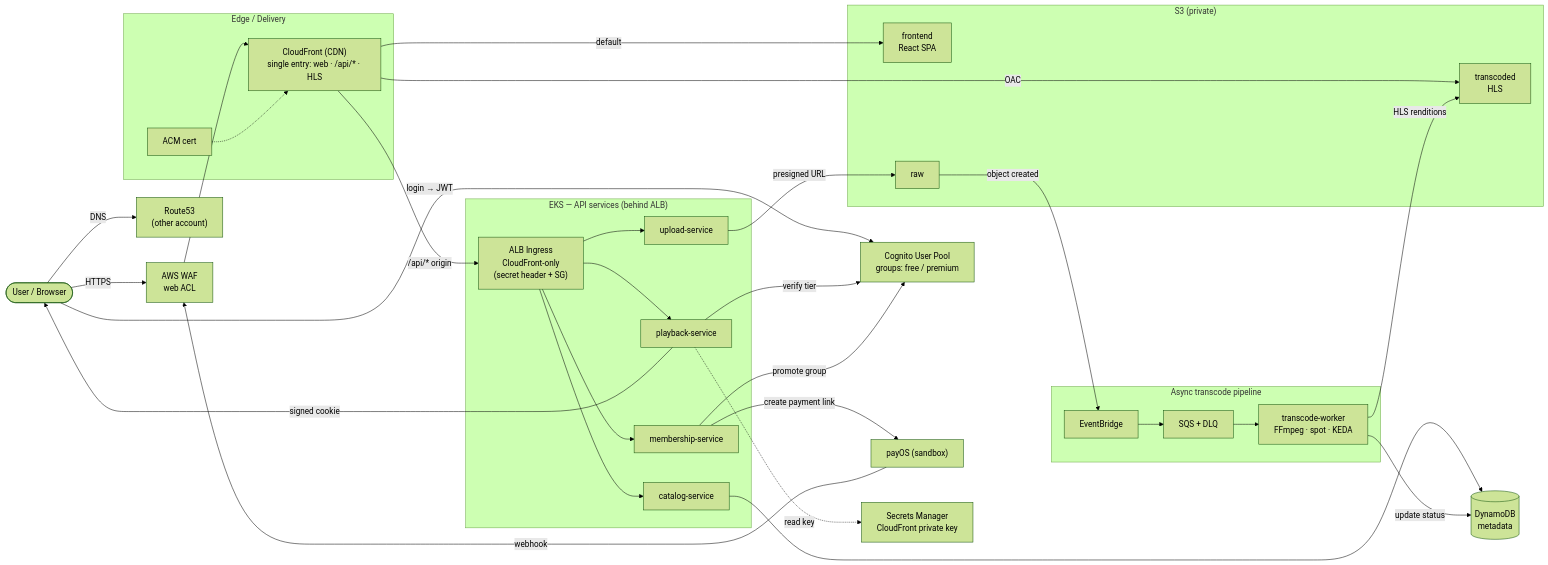
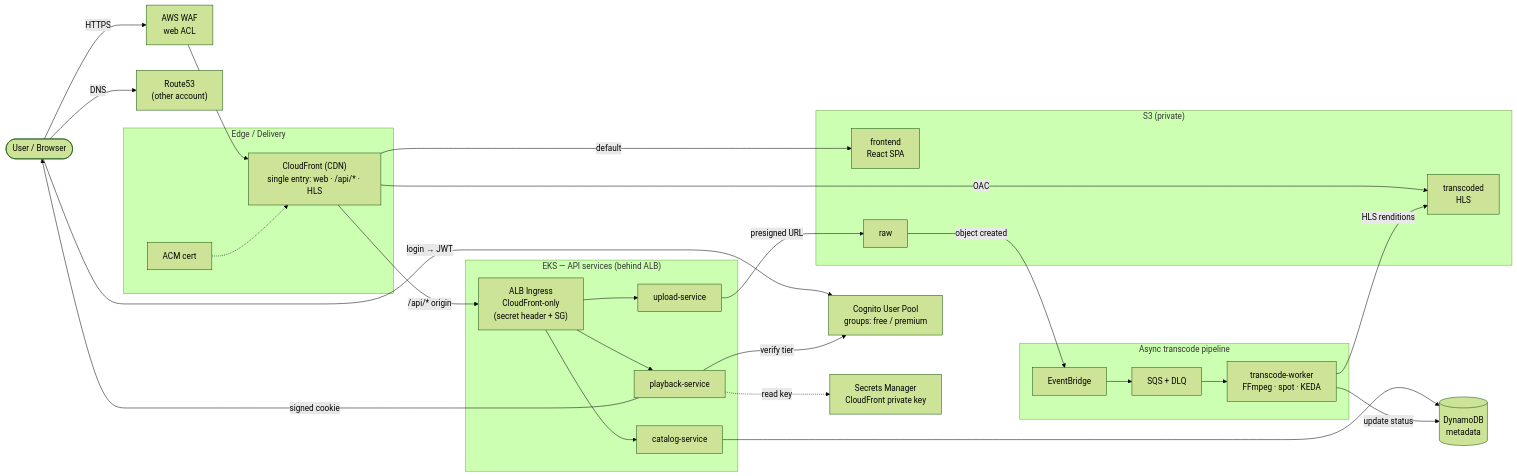
Before and after one commit to Tooltu-deve/StreamForge: the first of 5 diagrams in docs/diagrams/architecture.md, drawn with Mermaid (forest theme). The commit also changed other lines of this file and 5 other files, not shown here.

Commit message:
docs: README and diagrams

````diff
--- a/docs/diagrams/architecture.md
+++ b/docs/diagrams/architecture.md
@@ -11,59 +11,54 @@
 ```mermaid
 flowchart LR
     User([User / Browser])
     R53["Route53<br/>(other account)"]
     WAF["AWS WAF<br/>web ACL"]
 
     subgraph edge["Edge / Delivery"]
         CF["CloudFront (CDN)<br/>single entry: web · /api/* · HLS"]
         ACM["ACM cert"]
     end
 
     Cognito["Cognito User Pool<br/>groups: free / premium"]
 
     subgraph s3["S3 (private)"]
         S3front["frontend<br/>React SPA"]
         S3raw["raw"]
         S3trans["transcoded<br/>HLS"]
     end
 
     subgraph eks["EKS — API services (behind ALB)"]
         ALB["ALB Ingress<br/>CloudFront-only<br/>(secret header + SG)"]
         Catalog["catalog-service"]
         Upload["upload-service"]
         Playback["playback-service"]
-        Membership["membership-service"]
     end
 
     DDB[("DynamoDB<br/>metadata")]
 
     subgraph pipe["Async transcode pipeline"]
         EB["EventBridge"]
         SQS["SQS + DLQ"]
         Worker["transcode-worker<br/>FFmpeg · spot · KEDA"]
     end
 
-    PayOS["payOS (sandbox)"]
     SM["Secrets Manager<br/>CloudFront private key"]
 
     User -->|DNS| R53
     User -->|HTTPS| WAF --> CF
-    PayOS -->|webhook| WAF
     ACM -.-> CF
     CF -->|default| S3front
     CF -->|OAC| S3trans
     CF -->|/api/* origin| ALB
     User -->|login → JWT| Cognito
-    ALB --> Catalog & Upload & Playback & Membership
+    ALB --> Catalog & Upload & Playback
     Catalog --> DDB
     Upload -->|presigned URL| S3raw
     Playback -->|verify tier| Cognito
     Playback -->|signed cookie| User
     Playback -.->|read key| SM
-    Membership -->|create payment link| PayOS
-    Membership -->|promote group| Cognito
 
     S3raw -->|object created| EB --> SQS --> Worker
     Worker -->|HLS renditions| S3trans
     Worker -->|update status| DDB
 ```
````
